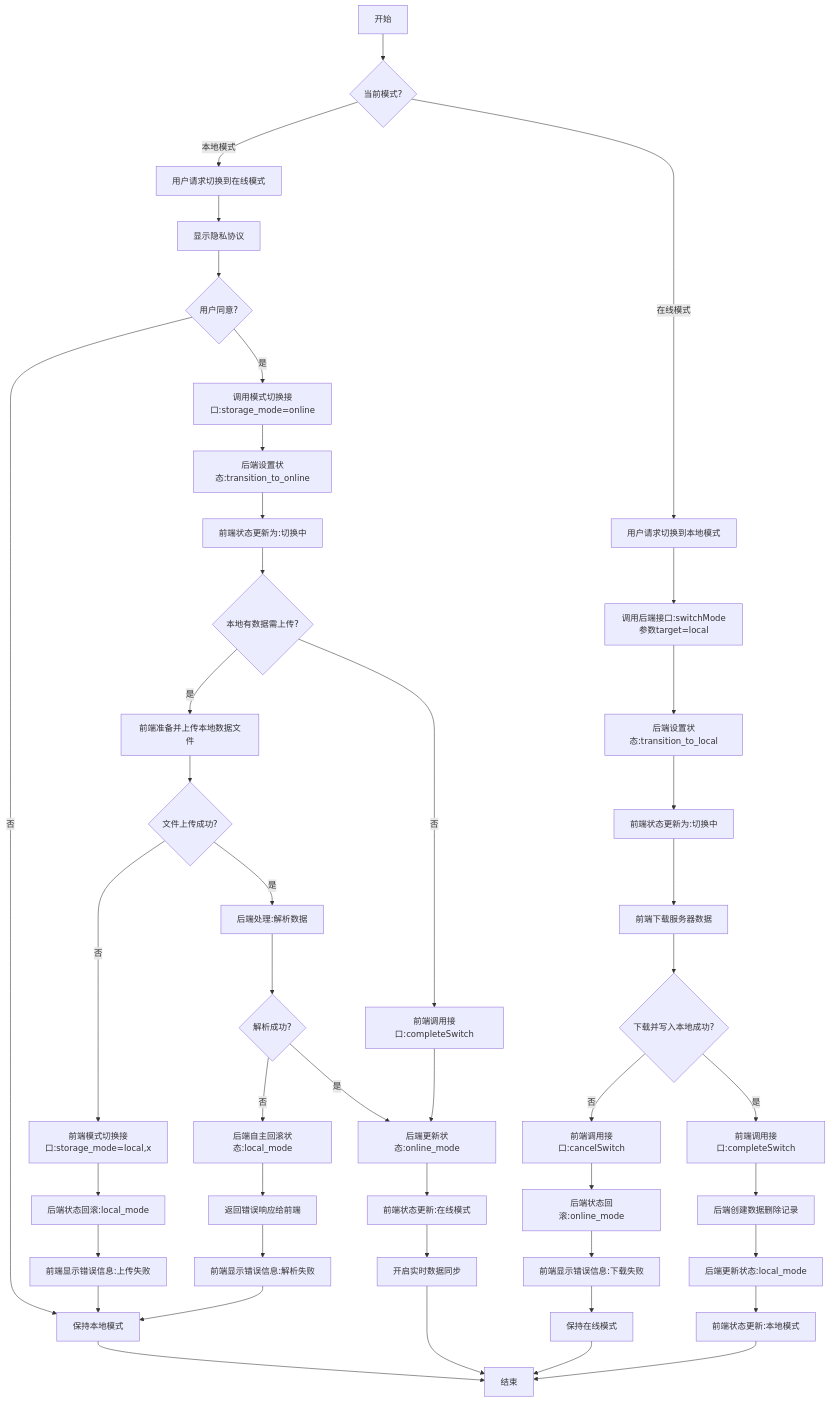
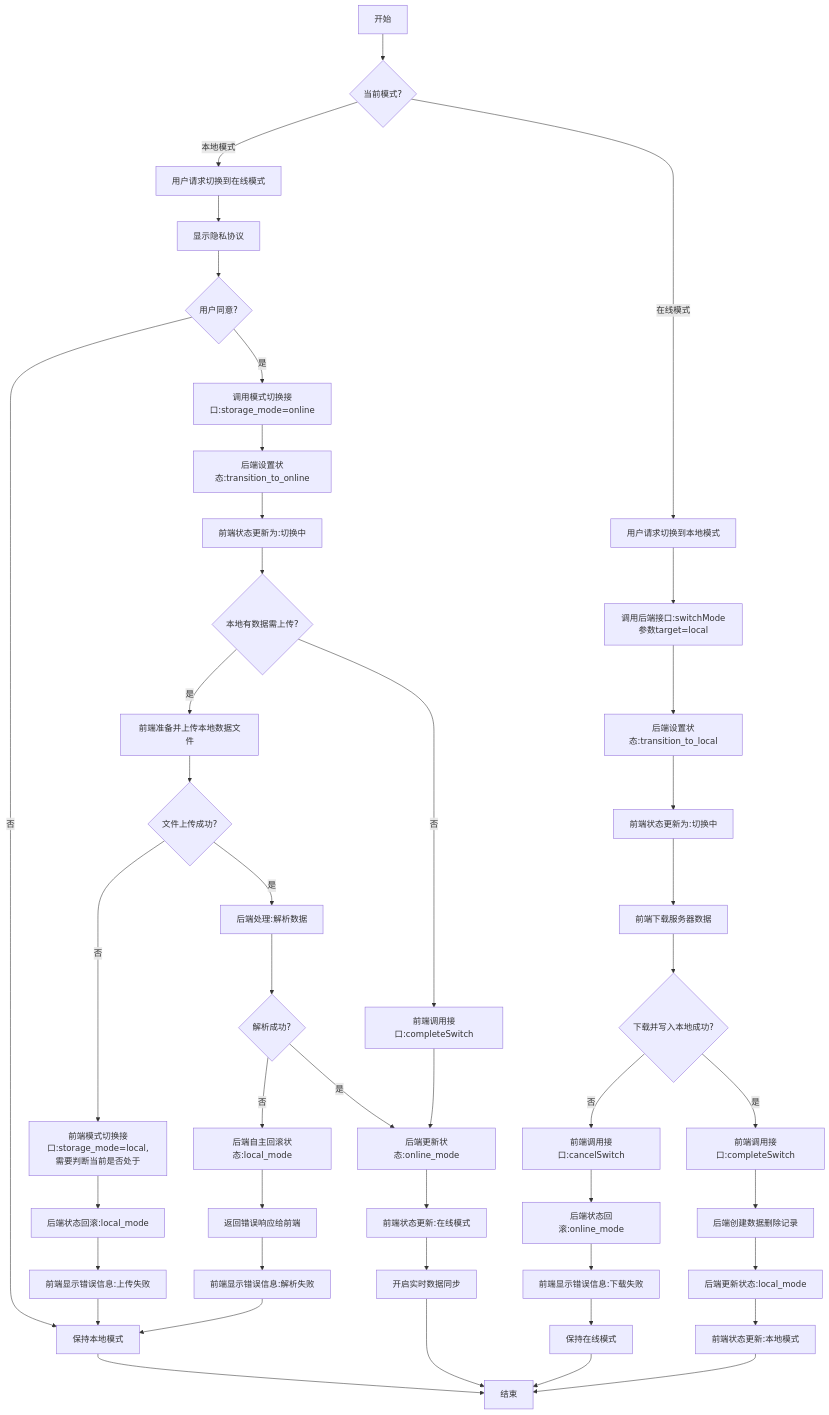
One commit to yingjianzh/iodraw-files changed the diagram in all/未命名-58.md. Above: the diagram before and after it, drawn with Mermaid.

Commit message:
2025-05-14 10:44:09 update

````diff
--- a/all/未命名-58.md
+++ b/all/未命名-58.md
@@ -1,68 +1,68 @@
 ```mermaid
 flowchart TD
     A[开始] --> B{当前模式?}
     
     %% 本地模式转在线模式
     B -->|本地模式| C[用户请求切换到在线模式]
     C --> D[显示隐私协议]
     D --> E{用户同意?}
 
     E -->|否| F[保持本地模式]
     F --> Z[结束]
     
     E -->|是| G[调用模式切换接口:storage_mode=online]
     G --> H[后端设置状态:transition_to_online]
     H --> I[前端状态更新为:切换中]
     
     I --> J{本地有数据需上传?}
     
     %% 有本地数据需上传的情况
     J -->|是| K[前端准备并上传本地数据文件]
     K --> L{文件上传成功?}
     
     %% 上传失败的情况
-    L -->|否| M[前端模式切换接口:storage_mode=local,x]
+    L -->|否| M[前端模式切换接口:storage_mode=local,需要判断当前是否处于]
     M --> N[后端状态回滚:local_mode]
     N --> O[前端显示错误信息:上传失败]
     O --> F
     
     %% 上传成功但解析失败的情况
     L -->|是| P[后端处理:解析数据]
     P --> Q{解析成功?}
     Q -->|否| R[后端自主回滚状态:local_mode]
     R --> S[返回错误响应给前端]
     S --> T[前端显示错误信息:解析失败]
     T --> F
     
     %% 全部成功的情况
     Q -->|是| U[后端更新状态:online_mode]
     J -->|否| V[前端调用接口:completeSwitch]
     V --> U
     
     U --> W[前端状态更新:在线模式]
     W --> X[开启实时数据同步]
     X --> Z
     
     %% 在线模式转本地模式
     B -->|在线模式| AA[用户请求切换到本地模式]
     AA --> AB[调用后端接口:switchMode参数target=local]
     AB --> AC[后端设置状态:transition_to_local]
     AC --> AD[前端状态更新为:切换中]
     
     AD --> AE[前端下载服务器数据]
     AE --> AF{下载并写入本地成功?}
     
     %% 下载失败的情况
     AF -->|否| AG[前端调用接口:cancelSwitch]
     AG --> AH[后端状态回滚:online_mode]
     AH --> AI[前端显示错误信息:下载失败]
     AI --> AJ[保持在线模式]
     AJ --> Z
     
     %% 下载成功的情况
     AF -->|是| AK[前端调用接口:completeSwitch]
     AK --> AL[后端创建数据删除记录]
     AL --> AM[后端更新状态:local_mode]
     AM --> AN[前端状态更新:本地模式]
     AN --> Z
 ```
````
